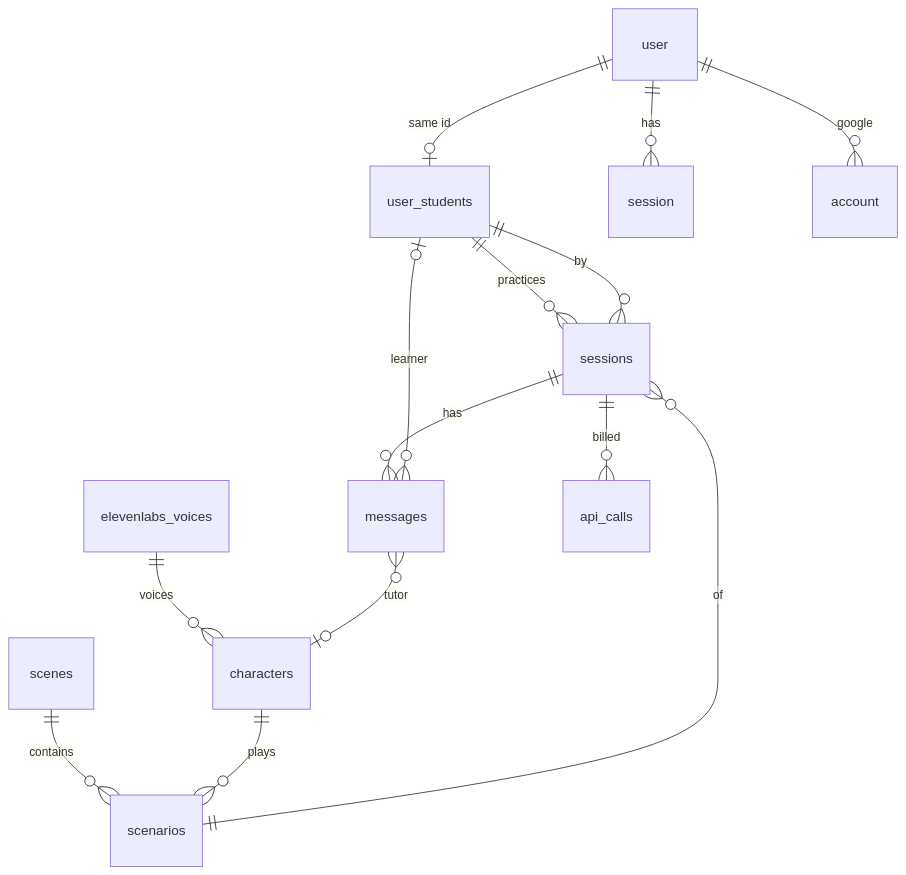
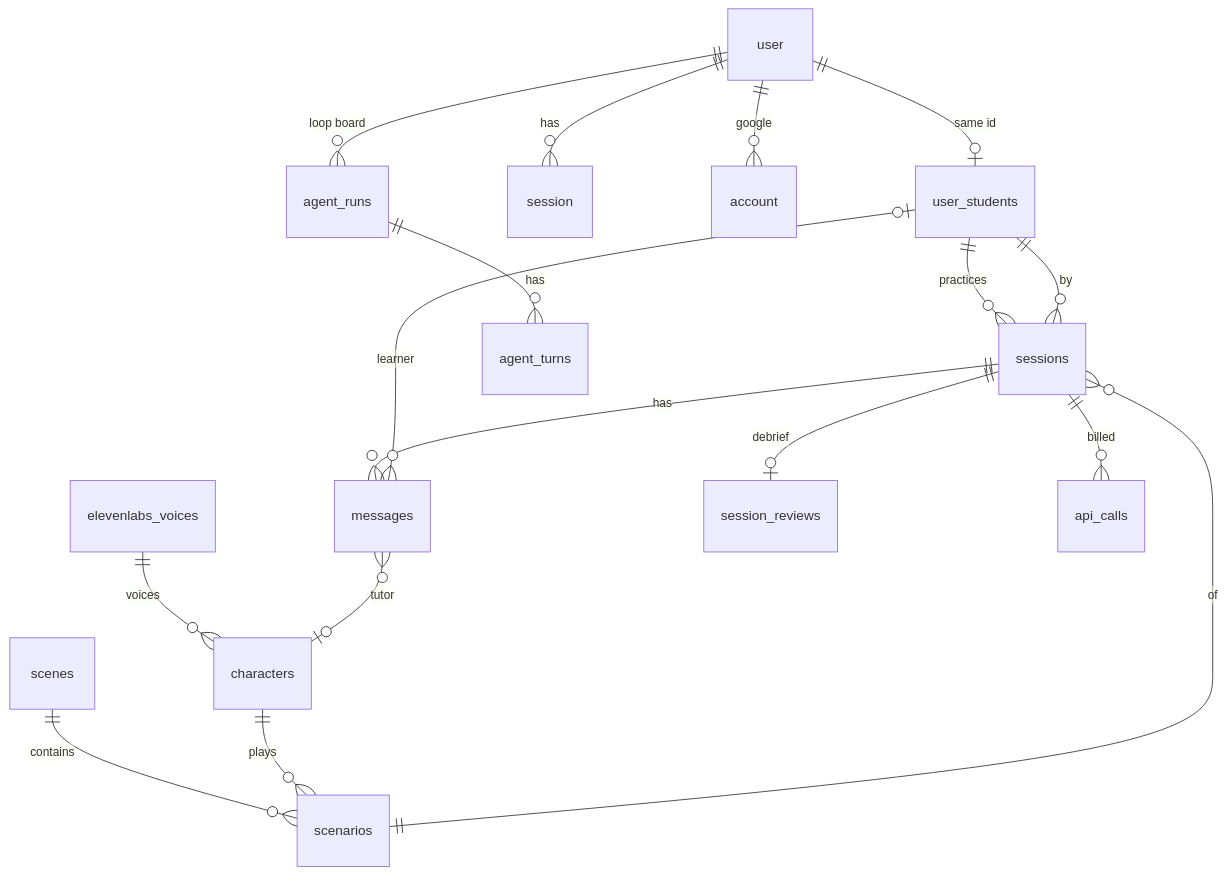
One commit to boris410/Fluently changed the diagram in docs/DATA.md. Above: the diagram before and after it, drawn with Mermaid. The commit also changed other lines of this file and 37 other files, not shown here.

````diff
--- a/docs/DATA.md
+++ b/docs/DATA.md
@@ -233,16 +284,19 @@
 ```mermaid
 erDiagram
   user ||--o| user_students : "same id"
   user ||--o{ session : has
   user ||--o{ account : "google"
   user_students ||--o{ sessions : practices
   scenes ||--o{ scenarios : contains
   characters ||--o{ scenarios : plays
   elevenlabs_voices ||--o{ characters : voices
   sessions }o--|| scenarios : of
   sessions }o--|| user_students : by
   sessions ||--o{ messages : has
+  sessions ||--o| session_reviews : debrief
   sessions ||--o{ api_calls : billed
   messages }o--o| user_students : learner
   messages }o--o| characters : tutor
+  user ||--o{ agent_runs : "loop board"
+  agent_runs ||--o{ agent_turns : has
 ```
````
